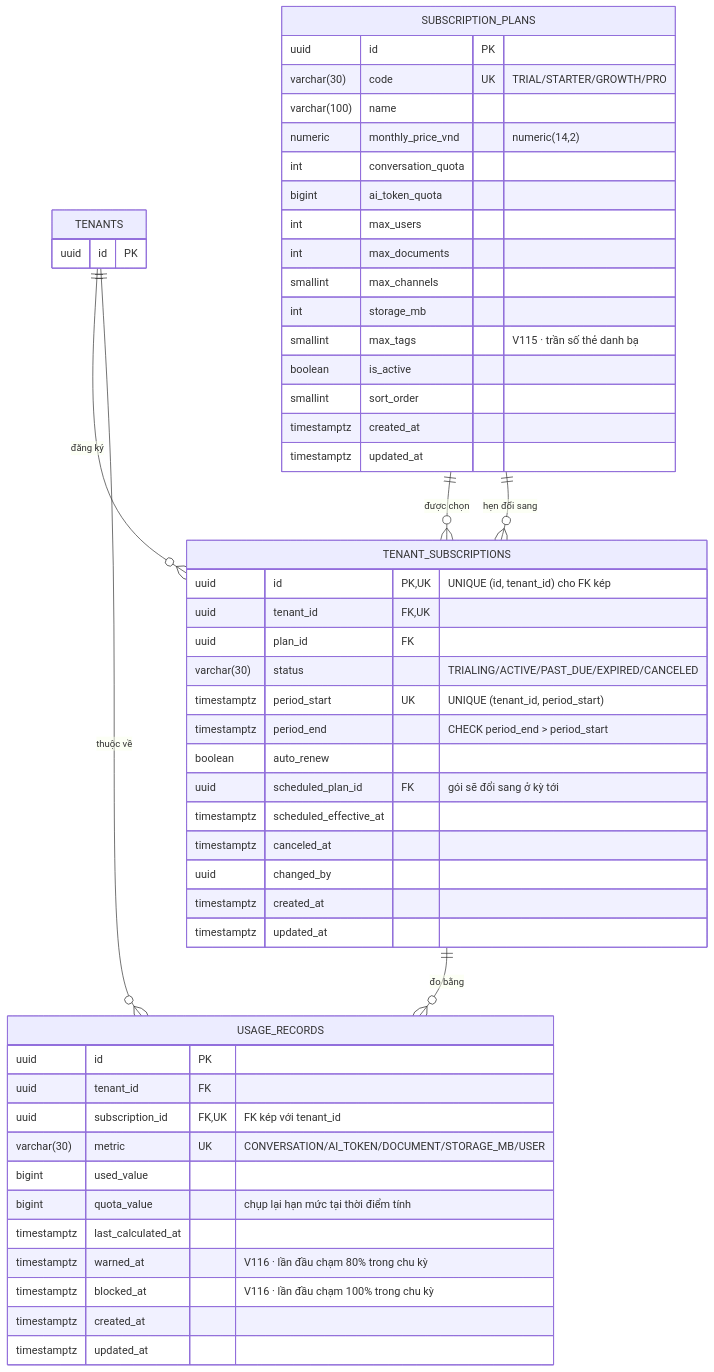
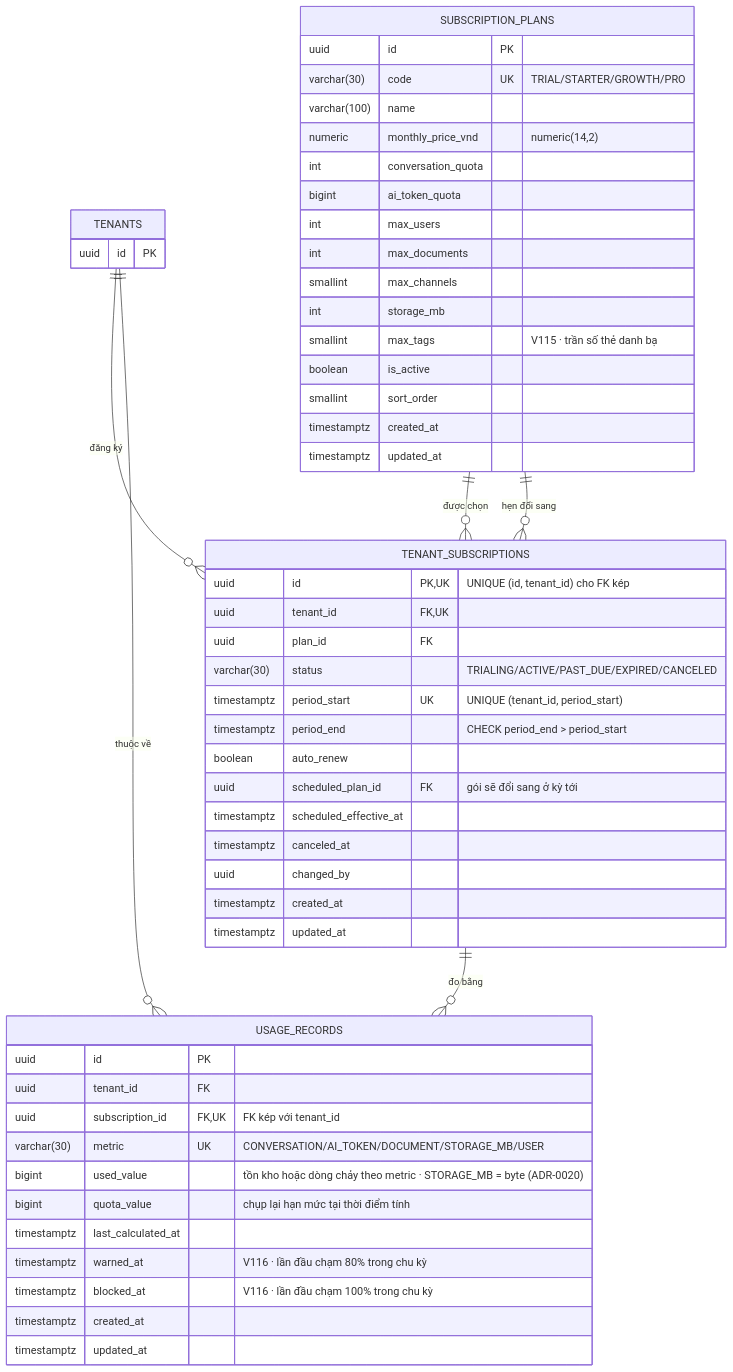
Before and after one commit to KhanhLanBui03/ai-crm-chatbot-platform: the fourth of 10 diagrams in docs/erd-mermaid.md, drawn with Mermaid. The commit also changed 15 other files, not shown here.

First line of the commit message:
feat(java-core): han muc tai lieu tinh theo luong dang co, ADR-0020

````diff
--- a/docs/erd-mermaid.md
+++ b/docs/erd-mermaid.md
@@ -225,57 +225,57 @@
 ```mermaid
 erDiagram
     TENANTS {
         uuid id PK
     }
     SUBSCRIPTION_PLANS {
         uuid          id                 PK
         varchar(30)   code               UK "TRIAL/STARTER/GROWTH/PRO"
         varchar(100)  name
         numeric       monthly_price_vnd     "numeric(14,2)"
         int           conversation_quota
         bigint        ai_token_quota
         int           max_users
         int           max_documents
         smallint      max_channels
         int           storage_mb
         smallint      max_tags              "V115 · trần số thẻ danh bạ"
         boolean       is_active
         smallint      sort_order
         timestamptz   created_at
         timestamptz   updated_at
     }
     TENANT_SUBSCRIPTIONS {
         uuid        id                     PK,UK "UNIQUE (id, tenant_id) cho FK kép"
         uuid        tenant_id              FK,UK
         uuid        plan_id                FK
         varchar(30) status                       "TRIALING/ACTIVE/PAST_DUE/EXPIRED/CANCELED"
         timestamptz period_start           UK    "UNIQUE (tenant_id, period_start)"
         timestamptz period_end                   "CHECK period_end > period_start"
         boolean     auto_renew
         uuid        scheduled_plan_id      FK    "gói sẽ đổi sang ở kỳ tới"
         timestamptz scheduled_effective_at
         timestamptz canceled_at
         uuid        changed_by
         timestamptz created_at
         timestamptz updated_at
     }
     USAGE_RECORDS {
         uuid        id                 PK
         uuid        tenant_id          FK
         uuid        subscription_id    FK,UK "FK kép với tenant_id"
         varchar(30) metric             UK    "CONVERSATION/AI_TOKEN/DOCUMENT/STORAGE_MB/USER"
-        bigint      used_value
+        bigint      used_value               "tồn kho hoặc dòng chảy theo metric · STORAGE_MB = byte (ADR-0020)"
         bigint      quota_value              "chụp lại hạn mức tại thời điểm tính"
         timestamptz last_calculated_at
         timestamptz warned_at                "V116 · lần đầu chạm 80% trong chu kỳ"
         timestamptz blocked_at               "V116 · lần đầu chạm 100% trong chu kỳ"
         timestamptz created_at
         timestamptz updated_at
     }
 
     TENANTS              ||--o{ TENANT_SUBSCRIPTIONS : "đăng ký"
     SUBSCRIPTION_PLANS   ||--o{ TENANT_SUBSCRIPTIONS : "được chọn"
     SUBSCRIPTION_PLANS   ||--o{ TENANT_SUBSCRIPTIONS : "hẹn đổi sang"
     TENANT_SUBSCRIPTIONS ||--o{ USAGE_RECORDS        : "đo bằng"
     TENANTS              ||--o{ USAGE_RECORDS        : "thuộc về"
 ```
````
